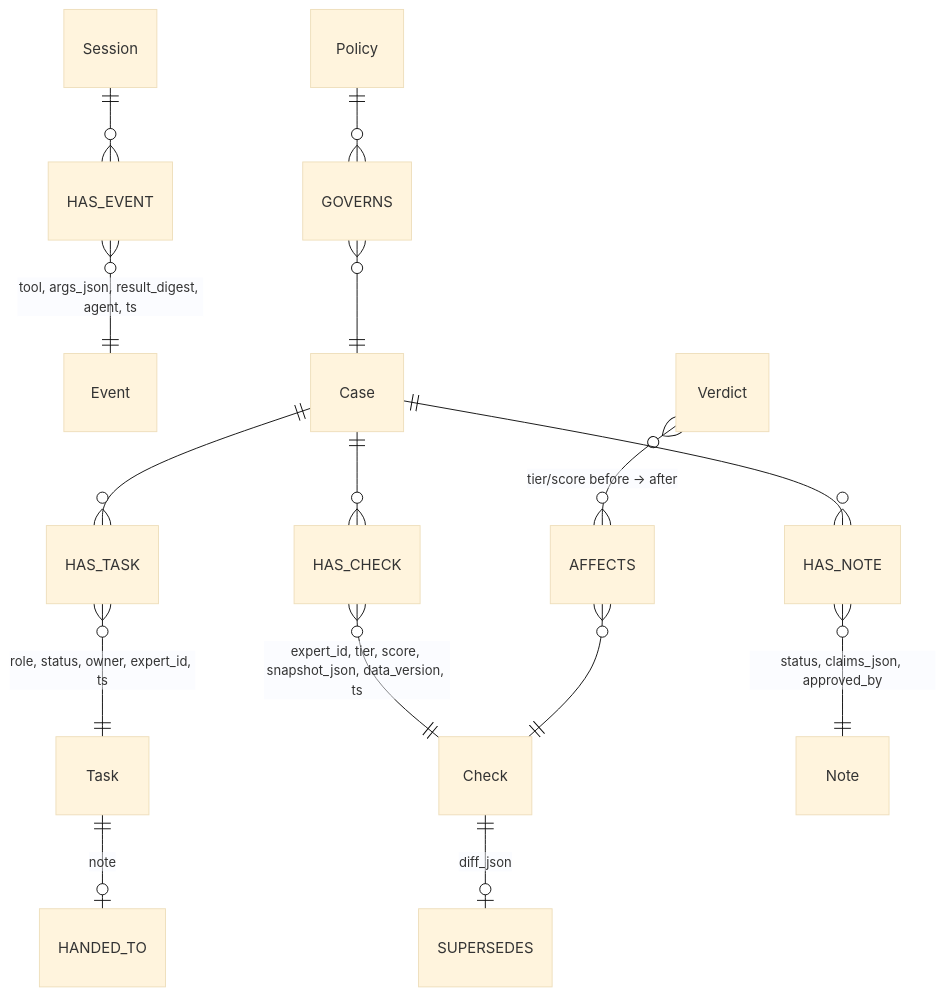
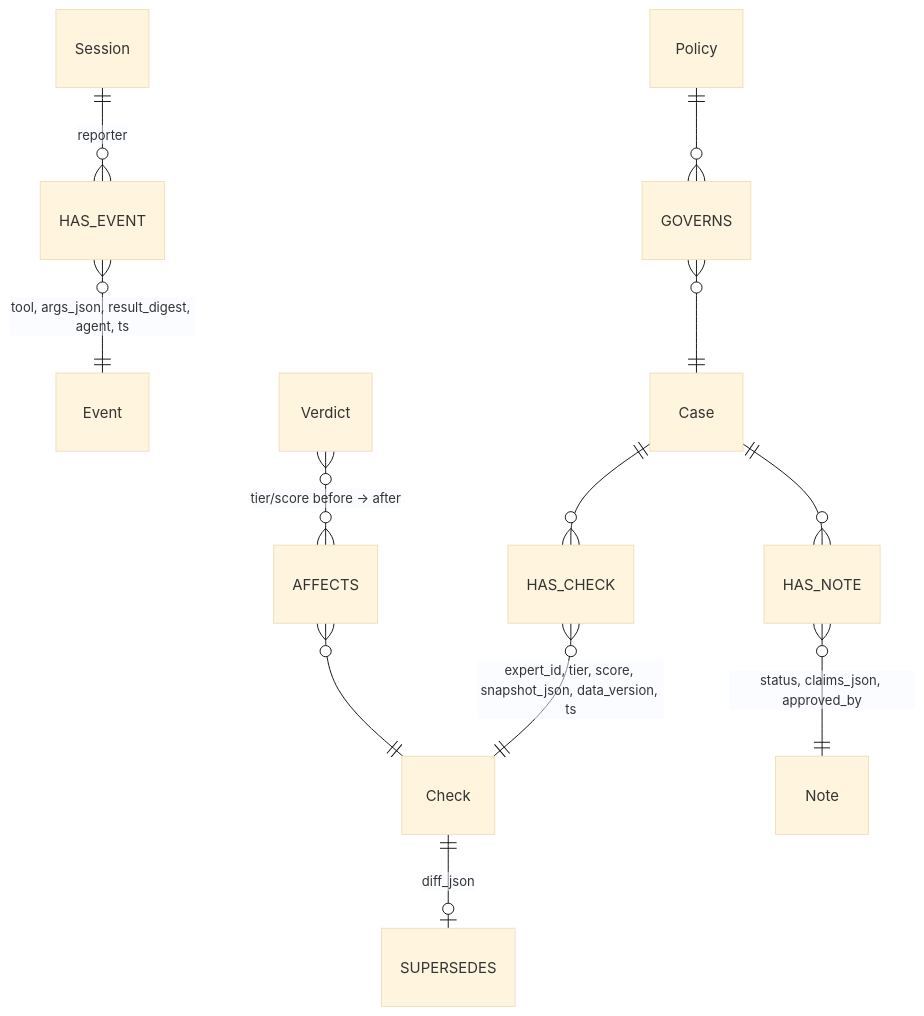
Before and after one commit to Aaryan-Degama/TieTrace: the third of 5 diagrams in docs/mcp-spec.md, drawn with Mermaid (base theme). The commit also changed other lines of this file and 2 other files, not shown here.

````diff
--- a/docs/mcp-spec.md
+++ b/docs/mcp-spec.md
@@ -85,17 +98,14 @@
 ```mermaid
 erDiagram
-  Session ||--o{ HAS_EVENT : ""
+  Session ||--o{ HAS_EVENT : "reporter"
   HAS_EVENT }o--|| Event : "tool, args_json, result_digest, agent, ts"
-  Case ||--o{ HAS_TASK : ""
-  HAS_TASK }o--|| Task : "role, status, owner, expert_id, ts"
-  Task ||--o| HANDED_TO : "note"
   Case ||--o{ HAS_CHECK : ""
   HAS_CHECK }o--|| Check : "expert_id, tier, score, snapshot_json, data_version, ts"
   Check ||--o| SUPERSEDES : "diff_json"
   Verdict }o--o{ AFFECTS : "tier/score before -> after"
   AFFECTS }o--|| Check : ""
   Case ||--o{ HAS_NOTE : ""
   HAS_NOTE }o--|| Note : "status, claims_json, approved_by"
   Policy ||--o{ GOVERNS : ""
   GOVERNS }o--|| Case : ""
 ```
````
